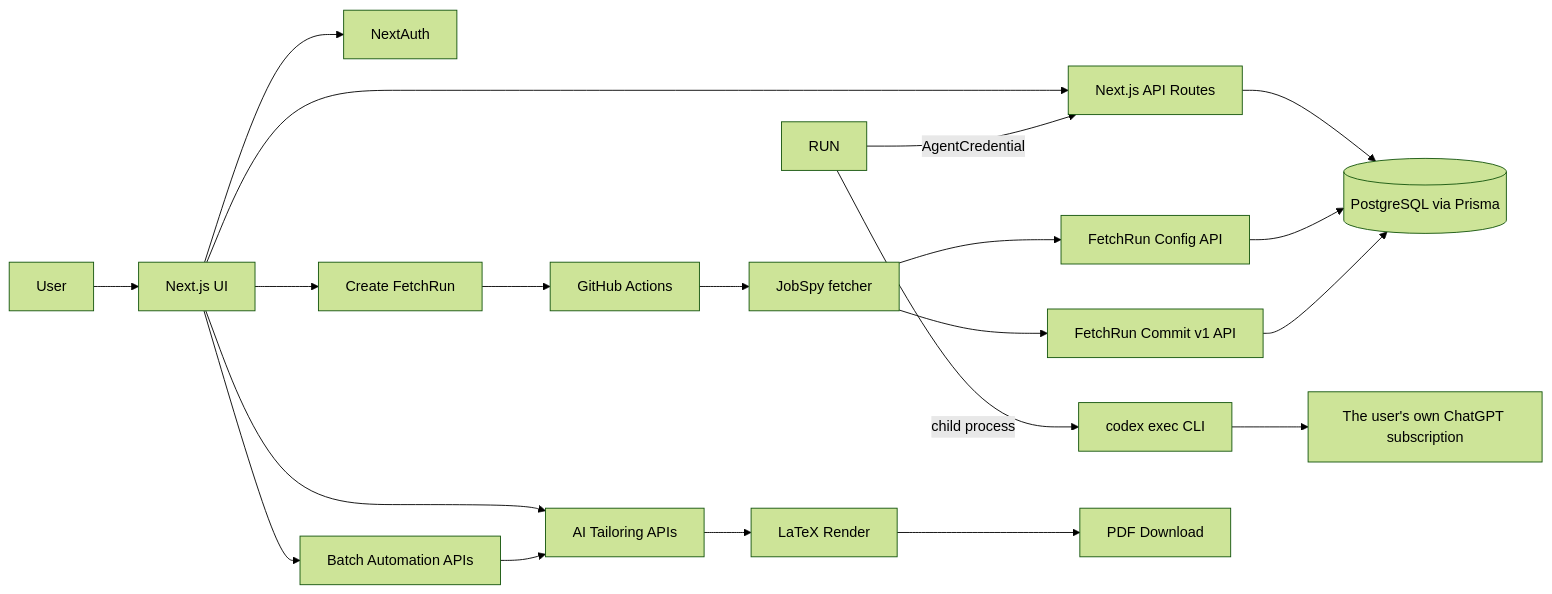
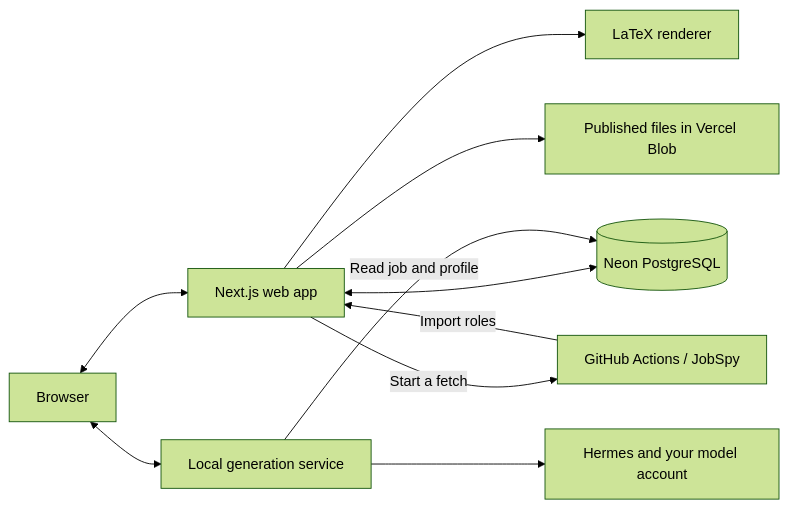
Before and after one commit to ShousenZHANG/joblit: the diagram in README.md, drawn with Mermaid (forest theme). The commit also changed other lines of this file, not shown here.

````diff
--- a/README.md
+++ b/README.md
@@ -190,27 +135,12 @@
 ```mermaid
 flowchart LR
-  U[User] --> FE[Next.js UI]
-
-  FE --> API[Next.js API Routes]
-  API --> DB[(PostgreSQL via Prisma)]
-  FE --> AUTH[NextAuth]
-
-  RUN -->|AgentCredential| API
-  RUN -->|child process| CODEX[codex exec CLI]
-  CODEX --> GPT[The user's own ChatGPT subscription]
-
-  FE --> FR[Create FetchRun]
-  FR --> GH[GitHub Actions]
-  GH --> PY[JobSpy fetcher]
-  PY --> CFG[FetchRun Config API]
-  PY --> COMMIT[FetchRun Commit v1 API]
-  CFG --> DB
-  COMMIT --> DB
-
-  FE --> AIPATH[AI Tailoring APIs]
-  AIPATH --> PDF[LaTeX Render]
-  PDF --> DL[PDF Download]
-
-  FE --> BATCH[Batch Automation APIs]
-  BATCH --> AIPATH
+  Browser[Browser] <--> Web[Next.js web app]
+  Web <--> DB[(Neon PostgreSQL)]
+  Browser <--> Local[Local generation service]
+  Local -->|Read job and profile| DB
+  Local --> Hermes[Hermes and your model account]
+  Web --> Renderer[LaTeX renderer]
+  Web --> Blob[Published files in Vercel Blob]
+  Web -->|Start a fetch| Actions[GitHub Actions / JobSpy]
+  Actions -->|Import roles| Web
 ```
````
